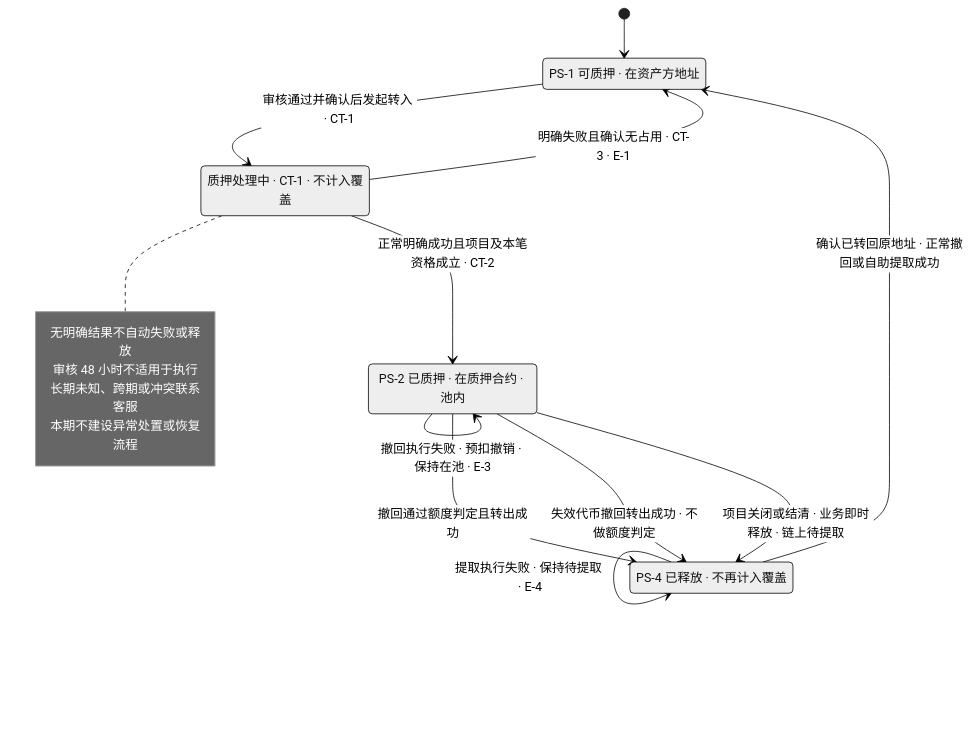
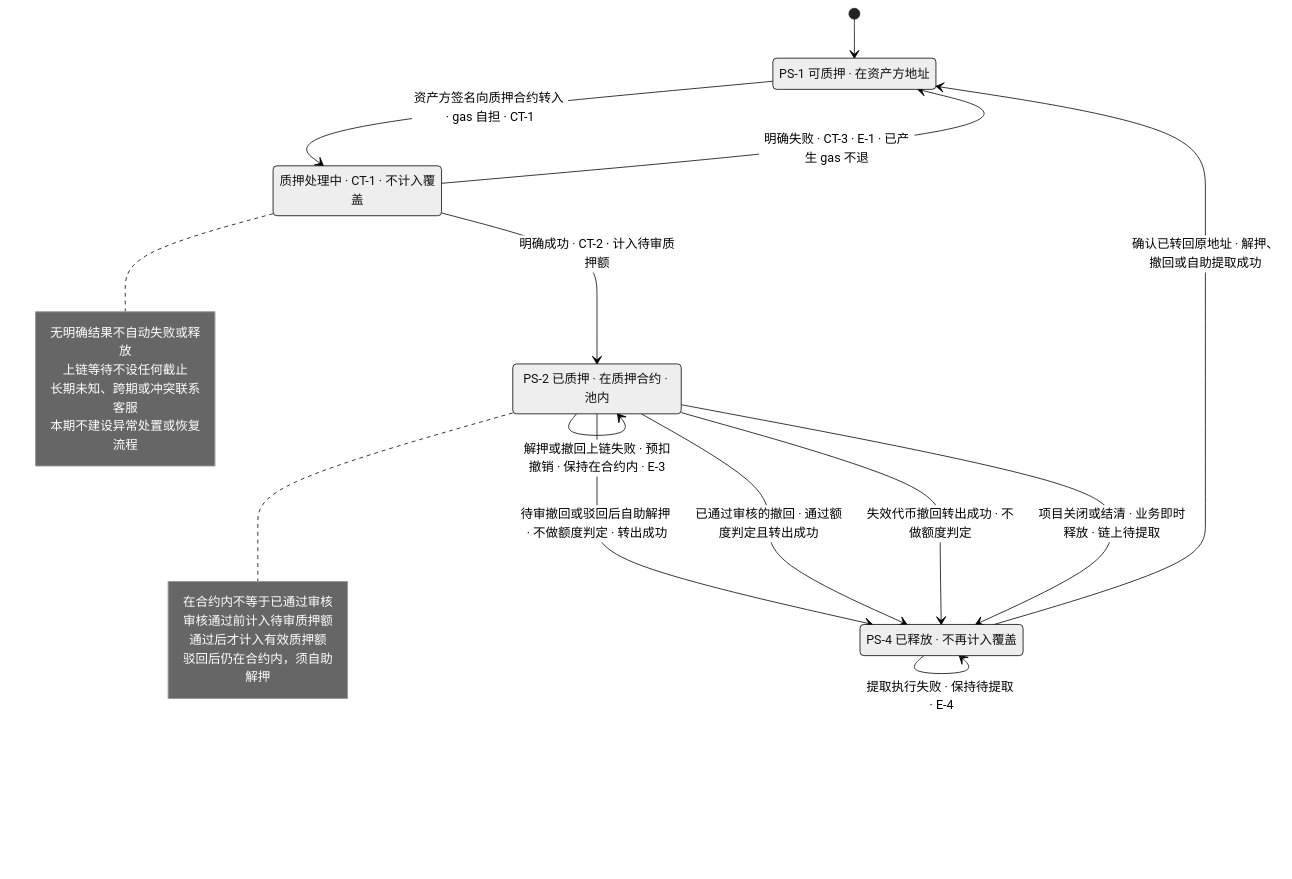
The ninth of 10 diagrams in lending-platform/PRD/v1.0-借贷广场-融资需求与代币质押/02-融资需求与代币质押-流程图与状态机.md (wxblockchain/Chain-Financing), drawn with Mermaid (neutral theme) before and after one commit. The commit also changed other lines of this file and 5 other files, not shown here.

````diff
--- a/lending-platform/PRD/v1.0-借贷广场-融资需求与代币质押/02-融资需求与代币质押-流程图与状态机.md
+++ b/lending-platform/PRD/v1.0-借贷广场-融资需求与代币质押/02-融资需求与代币质押-流程图与状态机.md
@@ -264,23 +276,30 @@
 ```mermaid
 stateDiagram-v2
   PS_1: PS-1 可质押 · 在资产方地址
   PS_2: PS-2 已质押 · 在质押合约 · 池内
   PS_4: PS-4 已释放 · 不再计入覆盖
   PROC: 质押处理中 · CT-1 · 不计入覆盖
   [*] --> PS_1
-  PS_1 --> PROC: 审核通过并确认后发起转入 · CT-1
-  PROC --> PS_2: 正常明确成功且项目及本笔资格成立 · CT-2
-  PROC --> PS_1: 明确失败且确认无占用 · CT-3 · E-1
+  PS_1 --> PROC: 资产方签名向质押合约转入 · gas 自担 · CT-1
+  PROC --> PS_2: 明确成功 · CT-2 · 计入待审质押额
+  PROC --> PS_1: 明确失败 · CT-3 · E-1 · 已产生 gas 不退
+  note right of PS_2
+    在合约内不等于已通过审核
+    审核通过前计入待审质押额
+    通过后才计入有效质押额
+    驳回后仍在合约内，须自助解押
+  end note
   note right of PROC
     无明确结果不自动失败或释放
-    审核 48 小时不适用于执行
+    上链等待不设任何截止
     长期未知、跨期或冲突联系客服
     本期不建设异常处置或恢复流程
   end note
-  PS_2 --> PS_4: 撤回通过额度判定且转出成功
+  PS_2 --> PS_4: 待审撤回或驳回后自助解押 · 不做额度判定 · 转出成功
+  PS_2 --> PS_4: 已通过审核的撤回 · 通过额度判定且转出成功
   PS_2 --> PS_4: 失效代币撤回转出成功 · 不做额度判定
   PS_2 --> PS_4: 项目关闭或结清 · 业务即时释放 · 链上待提取
-  PS_2 --> PS_2: 撤回执行失败 · 预扣撤销 · 保持在池 · E-3
-  PS_4 --> PS_1: 确认已转回原地址 · 正常撤回或自助提取成功
+  PS_2 --> PS_2: 解押或撤回上链失败 · 预扣撤销 · 保持在合约内 · E-3
+  PS_4 --> PS_1: 确认已转回原地址 · 解押、撤回或自助提取成功
   PS_4 --> PS_4: 提取执行失败 · 保持待提取 · E-4
 ```
````
